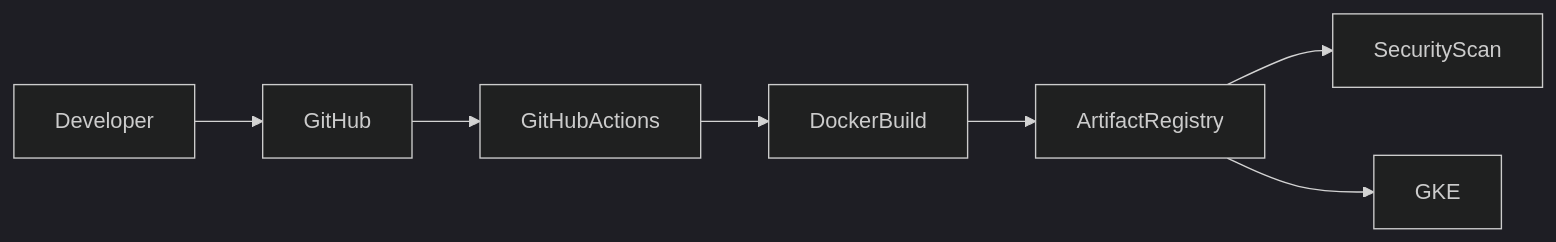
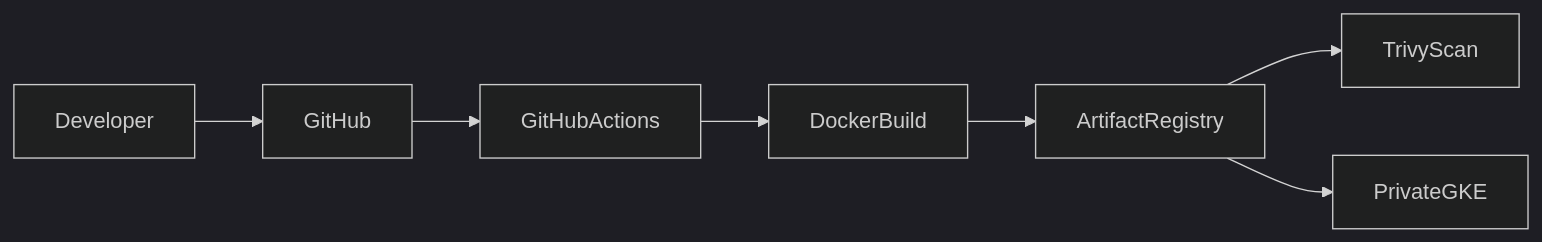
The diagram in docs/08-artifact-registry.md (ssavaniya/gke-wif-deployment), drawn with Mermaid (dark theme) before and after one commit. The commit also changed other lines of this file and 21 other files, not shown here.

````diff
--- a/docs/08-artifact-registry.md
+++ b/docs/08-artifact-registry.md
@@ -30,15 +32,15 @@
 ```mermaid
 flowchart LR
 
 Developer --> GitHub
 
 GitHub --> GitHubActions
 
 GitHubActions --> DockerBuild
 
 DockerBuild --> ArtifactRegistry
 
-ArtifactRegistry --> SecurityScan
+ArtifactRegistry --> TrivyScan
 
-ArtifactRegistry --> GKE
+ArtifactRegistry --> PrivateGKE
 ```
````
